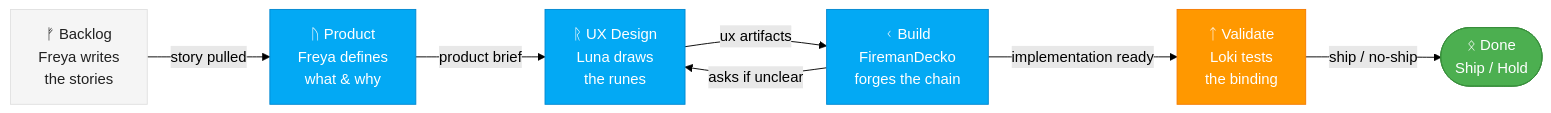
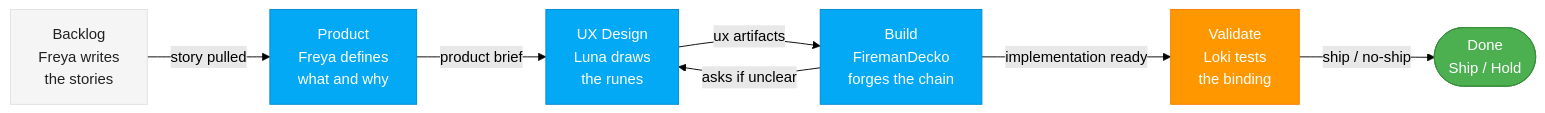
The diagram in architecture/pipeline.md (declanshanaghy/fenrir-ledger), drawn with Mermaid (forest theme) before and after one commit. The commit also changed other lines of this file and 14 other files, not shown here.

First line of the commit message:
chore: session docs, architecture sync, and fixes

````diff
--- a/architecture/pipeline.md
+++ b/architecture/pipeline.md
@@ -32,30 +32,30 @@
 ```mermaid
 graph LR
     classDef primary fill:#03A9F4,stroke:#0288D1,color:#FFF
     classDef warning fill:#FF9800,stroke:#F57C00,color:#FFF
     classDef healthy fill:#4CAF50,stroke:#388E3C,color:#FFF
     classDef neutral fill:#F5F5F5,stroke:#E0E0E0,color:#212121
 
     %% Stages
-    backlog[ᚠ Backlog<br/>Freya writes<br/>the stories]
-    product[ᚢ Product<br/>Freya defines<br/>what &amp; why]
-    ux[ᚱ UX Design<br/>Luna draws<br/>the runes]
-    build[ᚲ Build<br/>FiremanDecko<br/>forges the chain]
-    validate[ᛏ Validate<br/>Loki tests<br/>the binding]
-    done([ᛟ Done<br/>Ship / Hold])
+    backlog[Backlog<br/>Freya writes<br/>the stories]
+    product[Product<br/>Freya defines<br/>what and why]
+    ux[UX Design<br/>Luna draws<br/>the runes]
+    build[Build<br/>FiremanDecko<br/>forges the chain]
+    validate[Validate<br/>Loki tests<br/>the binding]
+    done([Done<br/>Ship / Hold])
 
     %% Flow
     backlog -->|story pulled| product
     product -->|product brief| ux
     ux -->|ux artifacts| build
     build -->|asks if unclear| ux
     build -->|implementation ready| validate
     validate -->|ship / no-ship| done
 
     class backlog neutral
     class product primary
     class ux primary
     class build primary
     class validate warning
     class done healthy
 ```
````
